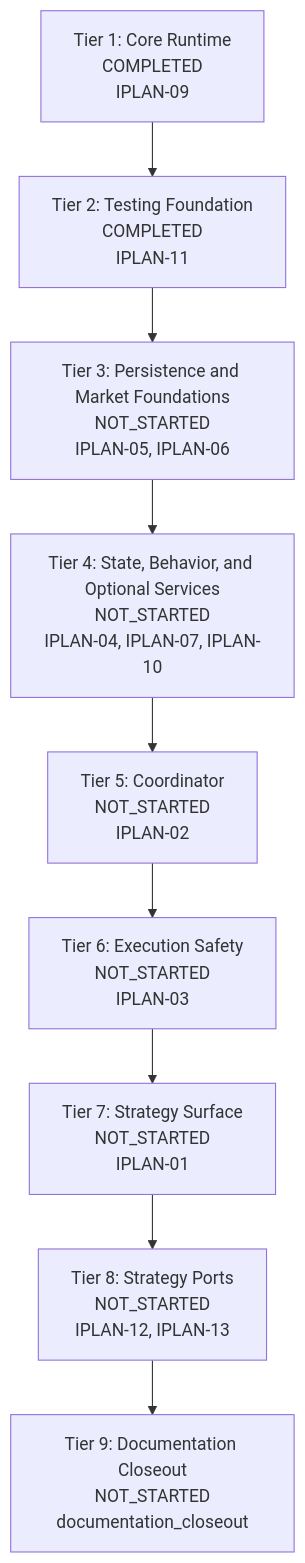
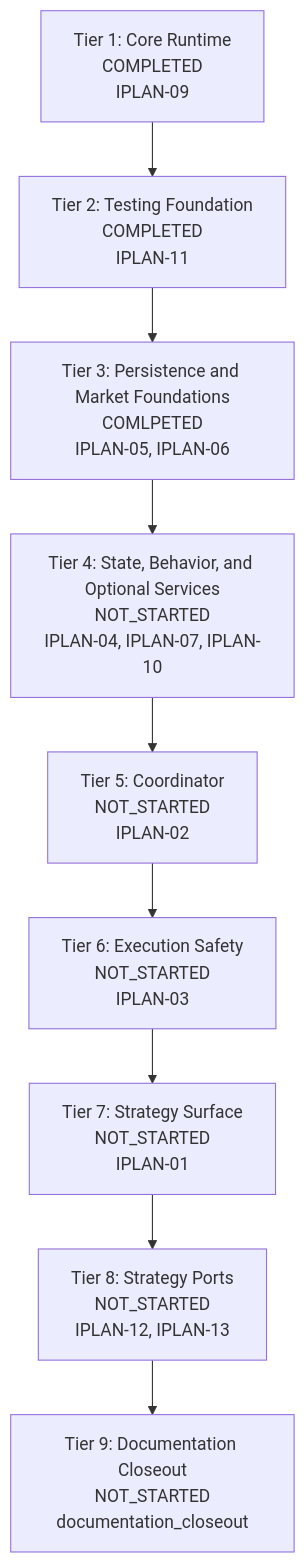
One commit to phbrgnomo/TradeSpine changed the diagram in docs/08_IPLAN/IPLAN-00_index.readable.md. Above: the diagram before and after it, drawn with Mermaid. The commit also changed 33 other files, not shown here.

````diff
--- a/docs/08_IPLAN/IPLAN-00_index.readable.md
+++ b/docs/08_IPLAN/IPLAN-00_index.readable.md
@@ -24,20 +24,20 @@
 ```mermaid
 flowchart TD
   T1["Tier 1: Core Runtime<br>COMPLETED<br>IPLAN-09"]
   T2["Tier 2: Testing Foundation<br>COMPLETED<br>IPLAN-11"]
   T1 --> T2
-  T3["Tier 3: Persistence and Market Foundations<br>NOT_STARTED<br>IPLAN-05, IPLAN-06"]
+  T3["Tier 3: Persistence and Market Foundations<br>COMLPETED<br>IPLAN-05, IPLAN-06"]
   T2 --> T3
   T4["Tier 4: State, Behavior, and Optional Services<br>NOT_STARTED<br>IPLAN-04, IPLAN-07, IPLAN-10"]
   T3 --> T4
   T5["Tier 5: Coordinator<br>NOT_STARTED<br>IPLAN-02"]
   T4 --> T5
   T6["Tier 6: Execution Safety<br>NOT_STARTED<br>IPLAN-03"]
   T5 --> T6
   T7["Tier 7: Strategy Surface<br>NOT_STARTED<br>IPLAN-01"]
   T6 --> T7
   T8["Tier 8: Strategy Ports<br>NOT_STARTED<br>IPLAN-12, IPLAN-13"]
   T7 --> T8
   T9["Tier 9: Documentation Closeout<br>NOT_STARTED<br>documentation_closeout"]
   T8 --> T9
 ```
````
